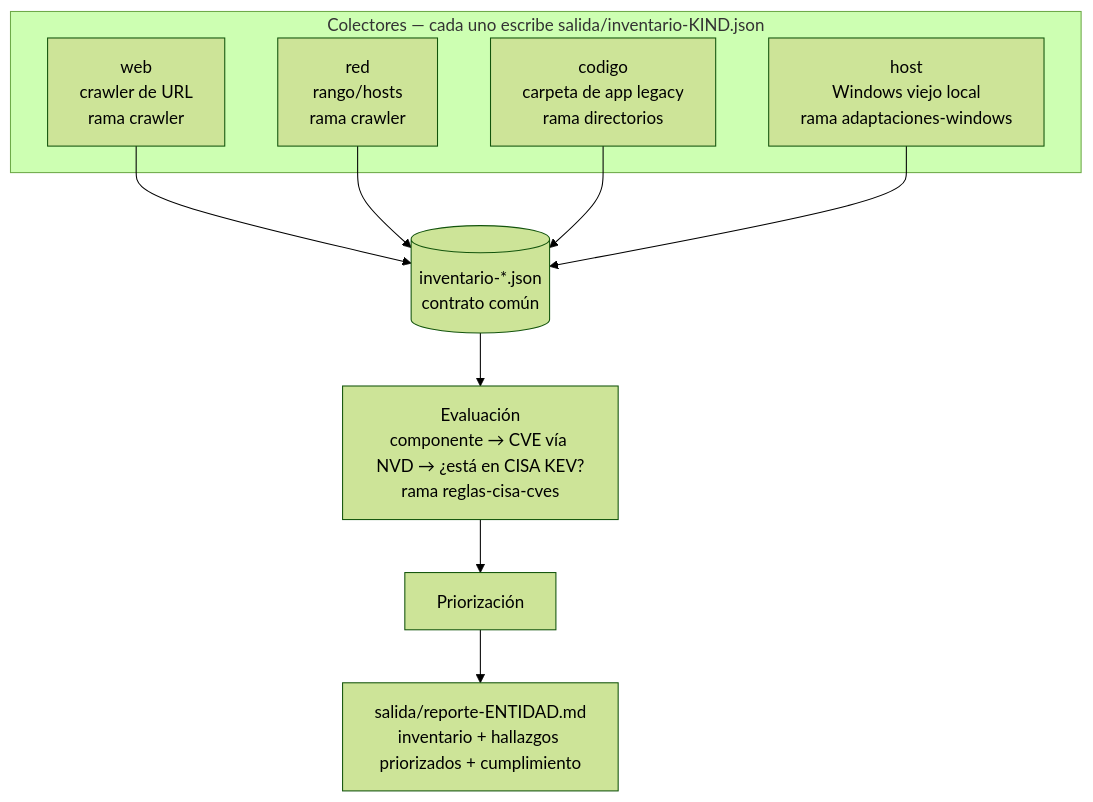
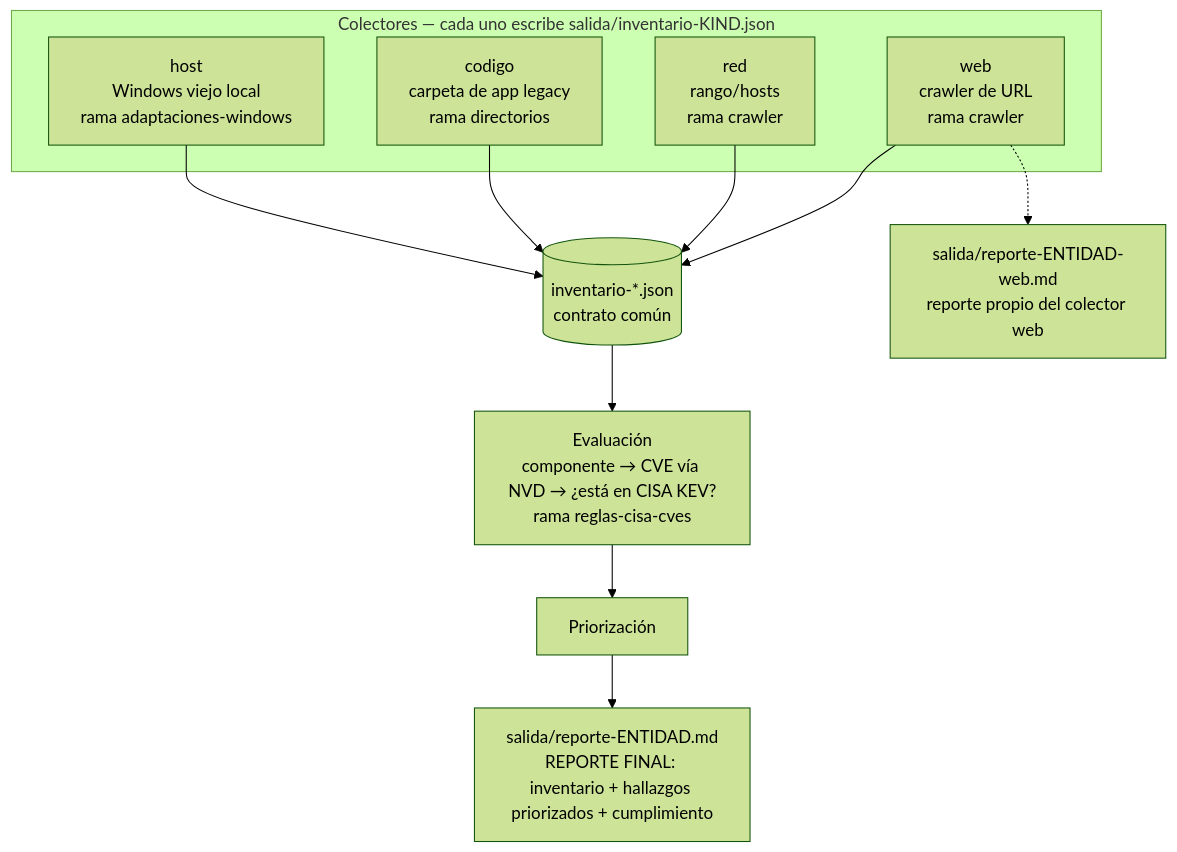
Before and after one commit to Zairocode/ReVital: the diagram in docs/ReVital-explicado.md, drawn with Mermaid (forest theme). The commit also changed other lines of this file and 1 other file, not shown here.

````diff
--- a/docs/ReVital-explicado.md
+++ b/docs/ReVital-explicado.md
@@ -64,16 +77,17 @@
 ```mermaid
 flowchart TD
     subgraph C[Colectores — cada uno escribe salida/inventario-KIND.json]
         W[web<br/>crawler de URL<br/>rama crawler]
         R[red<br/>rango/hosts<br/>rama crawler]
         K[codigo<br/>carpeta de app legacy<br/>rama directorios]
         H[host<br/>Windows viejo local<br/>rama adaptaciones-windows]
     end
     W --> I[(inventario-*.json<br/>contrato común)]
     R --> I
     K --> I
     H --> I
     I --> E[Evaluación<br/>componente → CVE vía NVD → ¿está en CISA KEV?<br/>rama reglas-cisa-cves]
     E --> P[Priorización]
-    P --> O[salida/reporte-ENTIDAD.md<br/>inventario + hallazgos priorizados + cumplimiento]
+    P --> O[salida/reporte-ENTIDAD.md<br/>REPORTE FINAL: inventario + hallazgos priorizados + cumplimiento]
+    W -.-> RW[salida/reporte-ENTIDAD-web.md<br/>reporte propio del colector web]
 ```
````
